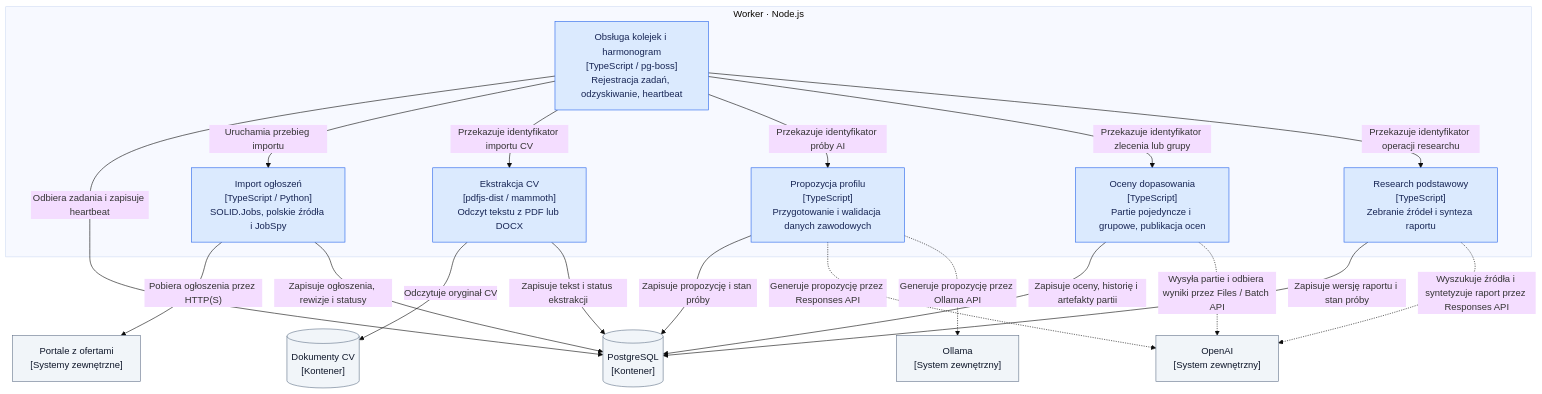
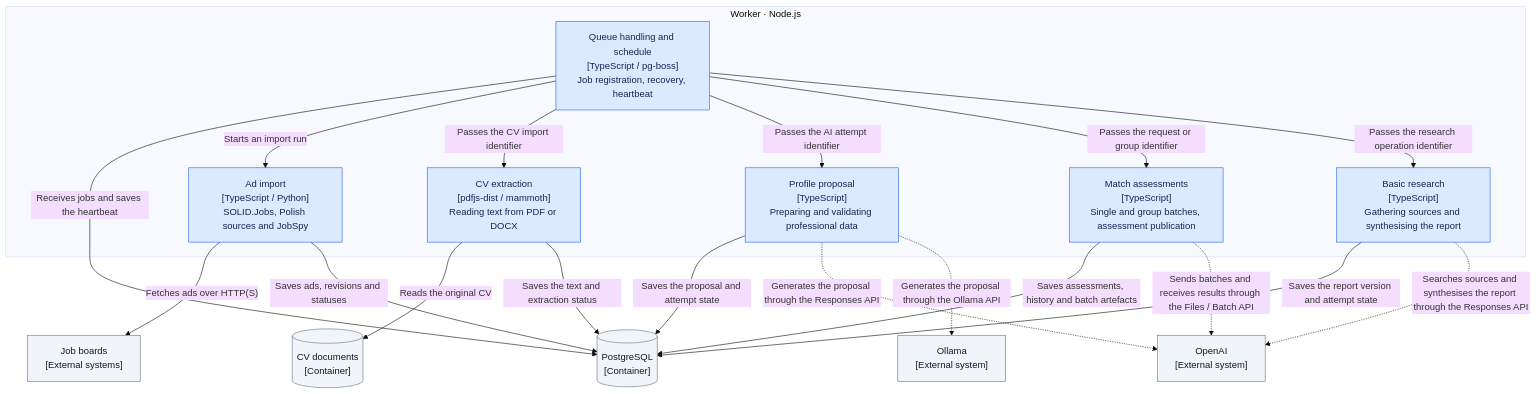
The fourth of 5 diagrams in docs/research/egm-architektura-2026-11-13/review-input.md (pioziol123/ofertorix-rekrutus), drawn with Mermaid (base theme) before and after one commit. The commit also changed other lines of this file and 126 other files, not shown here.

````diff
--- a/docs/research/egm-architektura-2026-11-13/review-input.md
+++ b/docs/research/egm-architektura-2026-11-13/review-input.md
@@ -139,40 +139,40 @@
 ```mermaid
 flowchart TB
-  DB[("PostgreSQL<br/>[Kontener]")]
-  Files[("Dokumenty CV<br/>[Kontener]")]
-  Boards["Portale z ofertami<br/>[Systemy zewnętrzne]"]
-  OpenAI["OpenAI<br/>[System zewnętrzny]"]
-  Ollama["Ollama<br/>[System zewnętrzny]"]
+  DB[("PostgreSQL<br/>[Container]")]
+  Files[("CV documents<br/>[Container]")]
+  Boards["Job boards<br/>[External systems]"]
+  OpenAI["OpenAI<br/>[External system]"]
+  Ollama["Ollama<br/>[External system]"]
 
   subgraph Worker["Worker · Node.js"]
-    Runtime["Obsługa kolejek i harmonogram<br/>[TypeScript / pg-boss]<br/>Rejestracja zadań, odzyskiwanie, heartbeat"]
-    Import["Import ogłoszeń<br/>[TypeScript / Python]<br/>SOLID.Jobs, polskie źródła i JobSpy"]
-    Parse["Ekstrakcja CV<br/>[pdfjs-dist / mammoth]<br/>Odczyt tekstu z PDF lub DOCX"]
-    Profile["Propozycja profilu<br/>[TypeScript]<br/>Przygotowanie i walidacja danych zawodowych"]
-    Matching["Oceny dopasowania<br/>[TypeScript]<br/>Partie pojedyncze i grupowe, publikacja ocen"]
-    Research["Research podstawowy<br/>[TypeScript]<br/>Zebranie źródeł i synteza raportu"]
+    Runtime["Queue handling and schedule<br/>[TypeScript / pg-boss]<br/>Job registration, recovery, heartbeat"]
+    Import["Ad import<br/>[TypeScript / Python]<br/>SOLID.Jobs, Polish sources and JobSpy"]
+    Parse["CV extraction<br/>[pdfjs-dist / mammoth]<br/>Reading text from PDF or DOCX"]
+    Profile["Profile proposal<br/>[TypeScript]<br/>Preparing and validating professional data"]
+    Matching["Match assessments<br/>[TypeScript]<br/>Single and group batches, assessment publication"]
+    Research["Basic research<br/>[TypeScript]<br/>Gathering sources and synthesising the report"]
   end
 
-  Runtime -->|"Odbiera zadania i zapisuje heartbeat"| DB
-  Runtime -->|"Uruchamia przebieg importu"| Import
-  Runtime -->|"Przekazuje identyfikator importu CV"| Parse
-  Runtime -->|"Przekazuje identyfikator próby AI"| Profile
-  Runtime -->|"Przekazuje identyfikator zlecenia lub grupy"| Matching
-  Runtime -->|"Przekazuje identyfikator operacji researchu"| Research
-  Import -->|"Pobiera ogłoszenia przez HTTP(S)"| Boards
-  Import -->|"Zapisuje ogłoszenia, rewizje i statusy"| DB
-  Parse -->|"Odczytuje oryginał CV"| Files
-  Parse -->|"Zapisuje tekst i status ekstrakcji"| DB
-  Profile -->|"Zapisuje propozycję i stan próby"| DB
-  Matching -->|"Zapisuje oceny, historię i artefakty partii"| DB
-  Research -->|"Zapisuje wersję raportu i stan próby"| DB
-  Profile -.->|"Generuje propozycję przez Responses API"| OpenAI
-  Profile -.->|"Generuje propozycję przez Ollama API"| Ollama
-  Matching -.->|"Wysyła partie i odbiera wyniki przez Files / Batch API"| OpenAI
-  Research -.->|"Wyszukuje źródła i syntetyzuje raport przez Responses API"| OpenAI
+  Runtime -->|"Receives jobs and saves the heartbeat"| DB
+  Runtime -->|"Starts an import run"| Import
+  Runtime -->|"Passes the CV import identifier"| Parse
+  Runtime -->|"Passes the AI attempt identifier"| Profile
+  Runtime -->|"Passes the request or group identifier"| Matching
+  Runtime -->|"Passes the research operation identifier"| Research
+  Import -->|"Fetches ads over HTTP(S)"| Boards
+  Import -->|"Saves ads, revisions and statuses"| DB
+  Parse -->|"Reads the original CV"| Files
+  Parse -->|"Saves the text and extraction status"| DB
+  Profile -->|"Saves the proposal and attempt state"| DB
+  Matching -->|"Saves assessments, history and batch artefacts"| DB
+  Research -->|"Saves the report version and attempt state"| DB
+  Profile -.->|"Generates the proposal through the Responses API"| OpenAI
+  Profile -.->|"Generates the proposal through the Ollama API"| Ollama
+  Matching -.->|"Sends batches and receives results through the Files / Batch API"| OpenAI
+  Research -.->|"Searches sources and synthesises the report through the Responses API"| OpenAI
 
   classDef internal fill:#dbeafe,stroke:#2563eb,color:#172554
   classDef external fill:#f1f5f9,stroke:#64748b,color:#0f172a
   class Runtime,Import,Parse,Profile,Matching,Research internal
   class DB,Files,Boards,OpenAI,Ollama external
 ```
````
